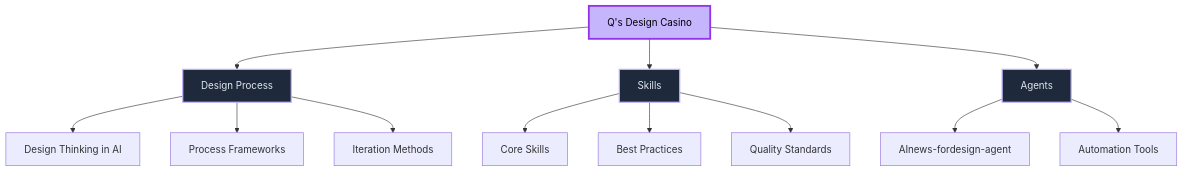
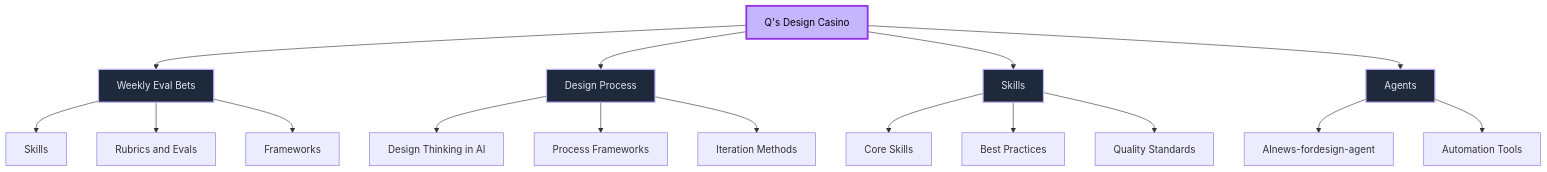
Before and after one commit to Quirinevwm/qs-design-casino: the diagram in README.md, drawn with Mermaid. The commit also changed other lines of this file and 1 other file, not shown here.

Commit message:
Add weekly eval bets section

````diff
--- a/README.md
+++ b/README.md
@@ -30,22 +30,28 @@
 ```mermaid
 graph TD
-    A[Q's Design Casino] --> B[Design Process]
+    A[Q's Design Casino] --> E[Weekly Eval Bets]
+    A --> B[Design Process]
     A --> C[Skills]
     A --> D[Agents]
     
     B --> B1[Design Thinking in AI]
     B --> B2[Process Frameworks]
     B --> B3[Iteration Methods]
     
     C --> C1[Core Skills]
     C --> C2[Best Practices]
     C --> C3[Quality Standards]
     
     D --> D1[AInews-fordesign-agent]
     D --> D2[Automation Tools]
+
+    E --> E1[Skills]
+    E --> E2[Rubrics and Evals]
+    E --> E3[Frameworks]
     
     style A fill:#c4b5fd,stroke:#9333ea,stroke-width:3px,color:#000
     style B fill:#1e293b,stroke:#c4b5fd,stroke-width:2px,color:#e2e8f0
     style C fill:#1e293b,stroke:#c4b5fd,stroke-width:2px,color:#e2e8f0
     style D fill:#1e293b,stroke:#c4b5fd,stroke-width:2px,color:#e2e8f0
+    style E fill:#1e293b,stroke:#c4b5fd,stroke-width:2px,color:#e2e8f0
 ```
````
